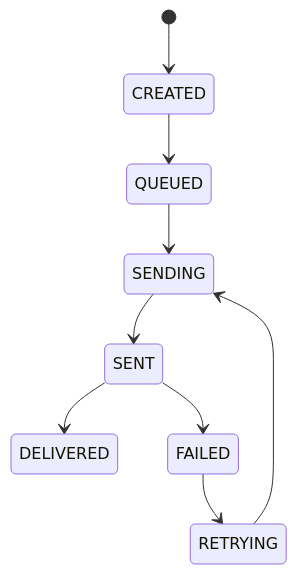
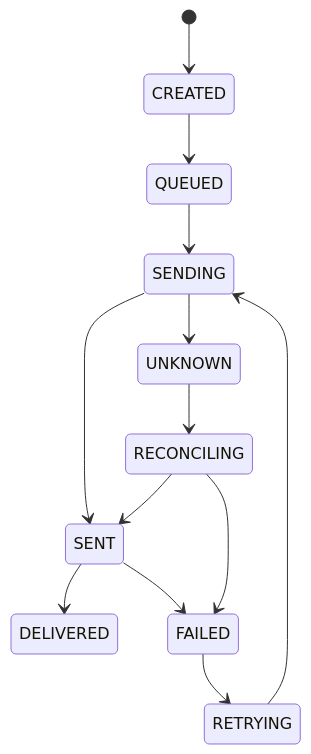
The fourth of 4 diagrams in docs/domain/conversations.md (D-engahmed/OMILINKS), drawn with Mermaid before and after one commit. The commit also changed other lines of this file and 3 other files, not shown here.

````diff
--- a/docs/domain/conversations.md
+++ b/docs/domain/conversations.md
@@ -167,11 +144,15 @@
-```mermaid
+~~~mermaid
 stateDiagram-v2
     [*] --> CREATED
     CREATED --> QUEUED
     QUEUED --> SENDING
     SENDING --> SENT
     SENT --> DELIVERED
     SENT --> FAILED
     FAILED --> RETRYING
     RETRYING --> SENDING
-```
+    SENDING --> UNKNOWN
+    UNKNOWN --> RECONCILING
+    RECONCILING --> SENT
+    RECONCILING --> FAILED
+~~~
````
